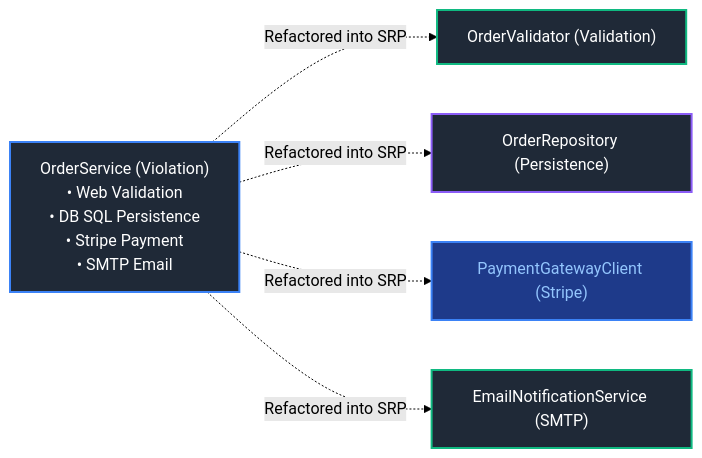
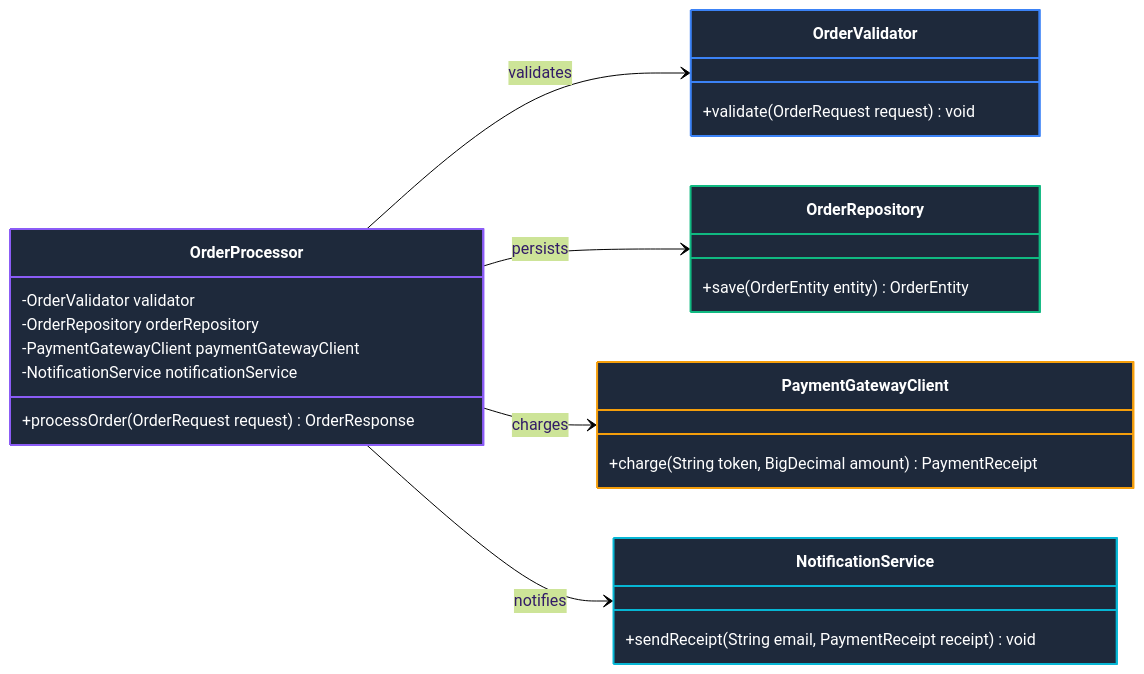
Before and after one commit to joydeep-biswas/Interview-Preparation: the second of 22 diagrams in Java Backend Engineering/06_design_patterns_solid_software_architecture.md, drawn with Mermaid (forest theme). The commit also changed other lines of this file and 76 other files, not shown here.

Commit message:
Updated Charts

````diff
--- a/Java Backend Engineering/06_design_patterns_solid_software_architecture.md
+++ b/Java Backend Engineering/06_design_patterns_solid_software_architecture.md
@@ -109,15 +109,34 @@
 ```mermaid
-flowchart LR
-    GodClass["OrderService (Violation)<br/>• Web Validation<br/>• DB SQL Persistence<br/>• Stripe Payment<br/>• SMTP Email"]
-    
-    GodClass -.->|Refactored into SRP| S1["OrderValidator (Validation)"]
-    GodClass -.->|Refactored into SRP| S2["OrderRepository (Persistence)"]
-    GodClass -.->|Refactored into SRP| S3["PaymentGatewayClient (Stripe)"]
-    GodClass -.->|Refactored into SRP| S4["EmailNotificationService (SMTP)"]
+classDiagram
+    direction LR
+    class OrderProcessor {
+        -OrderValidator validator
+        -OrderRepository orderRepository
+        -PaymentGatewayClient paymentGatewayClient
+        -NotificationService notificationService
+        +processOrder(OrderRequest request) OrderResponse
+    }
+    class OrderValidator {
+        +validate(OrderRequest request) void
+    }
+    class OrderRepository {
+        +save(OrderEntity entity) OrderEntity
+    }
+    class PaymentGatewayClient {
+        +charge(String token, BigDecimal amount) PaymentReceipt
+    }
+    class NotificationService {
+        +sendReceipt(String email, PaymentReceipt receipt) void
+    }
 
-    style GodClass fill:#1f2937,stroke:#3b82f6,stroke-width:2px,color:#fff
-    style S1 fill:#1f2937,stroke:#10b981,stroke-width:2px,color:#fff
-    style S2 fill:#1f2937,stroke:#8b5cf6,stroke-width:2px,color:#fff
-    style S3 fill:#1e3a8a,stroke:#3b82f6,stroke-width:2px,color:#93c5fd
-    style S4 fill:#1f2937,stroke:#10b981,stroke-width:2px,color:#fff
+    OrderProcessor --> OrderValidator : validates
+    OrderProcessor --> OrderRepository : persists
+    OrderProcessor --> PaymentGatewayClient : charges
+    OrderProcessor --> NotificationService : notifies
+
+    style OrderProcessor fill:#1e293b,stroke:#8b5cf6,stroke-width:2px,color:#ffffff
+    style OrderValidator fill:#1e293b,stroke:#3b82f6,stroke-width:2px,color:#ffffff
+    style OrderRepository fill:#1e293b,stroke:#10b981,stroke-width:2px,color:#ffffff
+    style PaymentGatewayClient fill:#1e293b,stroke:#f59e0b,stroke-width:2px,color:#ffffff
+    style NotificationService fill:#1e293b,stroke:#06b6d4,stroke-width:2px,color:#ffffff
 ```
````
